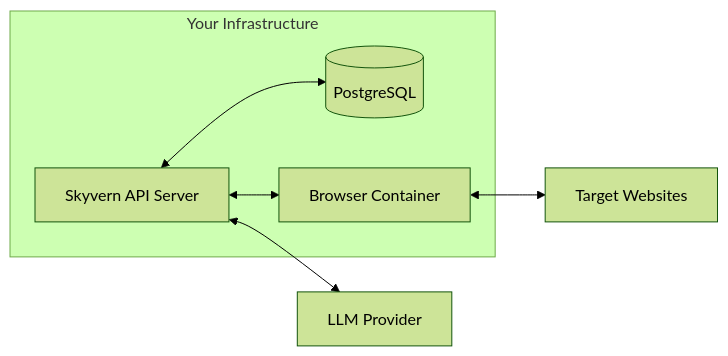
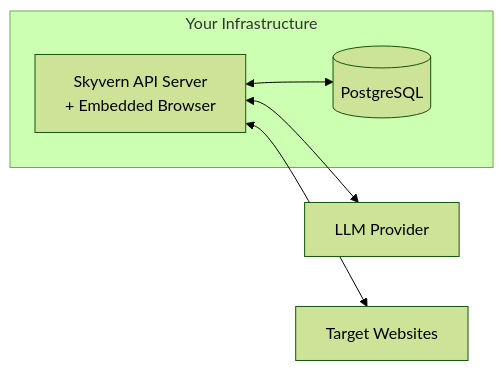
The diagram in docs/self-hosted/overview.mdx (Skyvern-AI/skyvern), drawn with Mermaid (forest theme) before and after one commit. The commit also changed other lines of this file and 16 other files, not shown here.

````diff
--- a/docs/self-hosted/overview.mdx
+++ b/docs/self-hosted/overview.mdx
@@ -13,16 +13,14 @@
 ```mermaid
 flowchart LR
     subgraph Your Infrastructure
-        API[Skyvern API Server]
+        API[Skyvern API Server<br/>+ Embedded Browser]
         DB[(PostgreSQL)]
-        Browser[Browser Container]
     end
 
     LLM[LLM Provider]
     Sites[Target Websites]
 
     API <--> DB
-    API <--> Browser
     API <--> LLM
-    Browser <--> Sites
+    API <--> Sites
 ```
````
